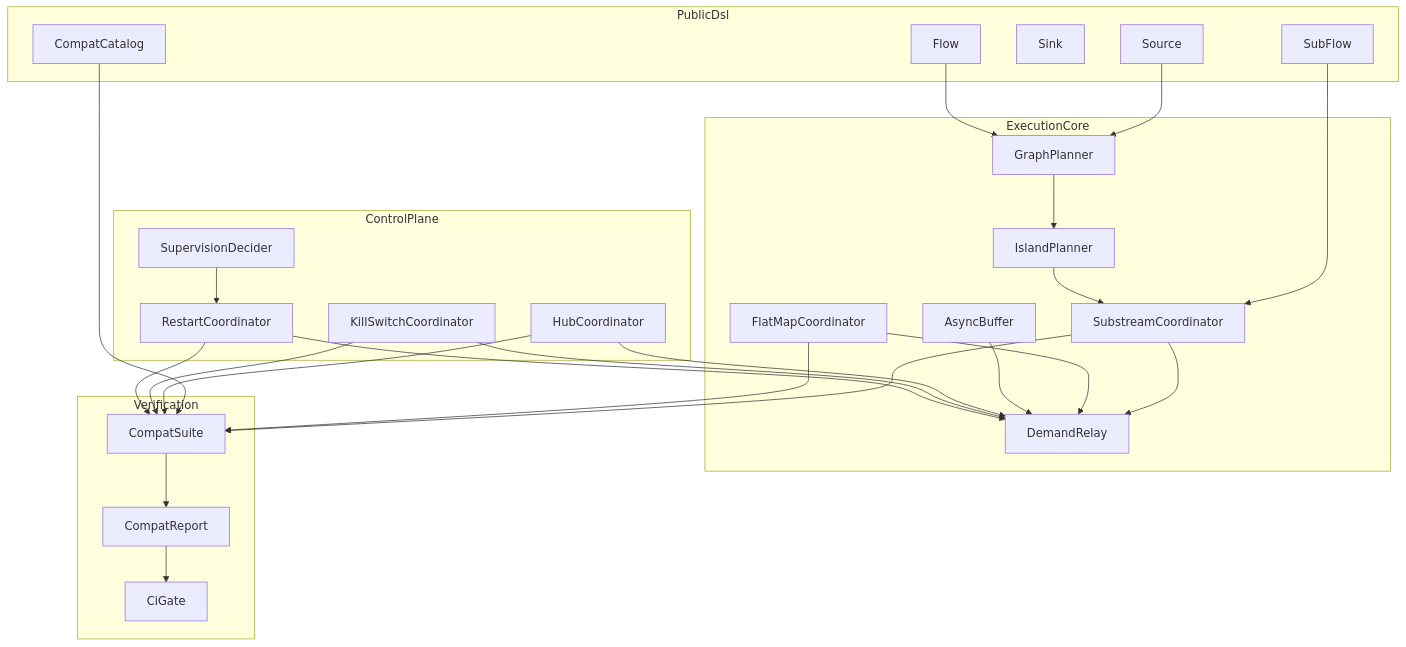
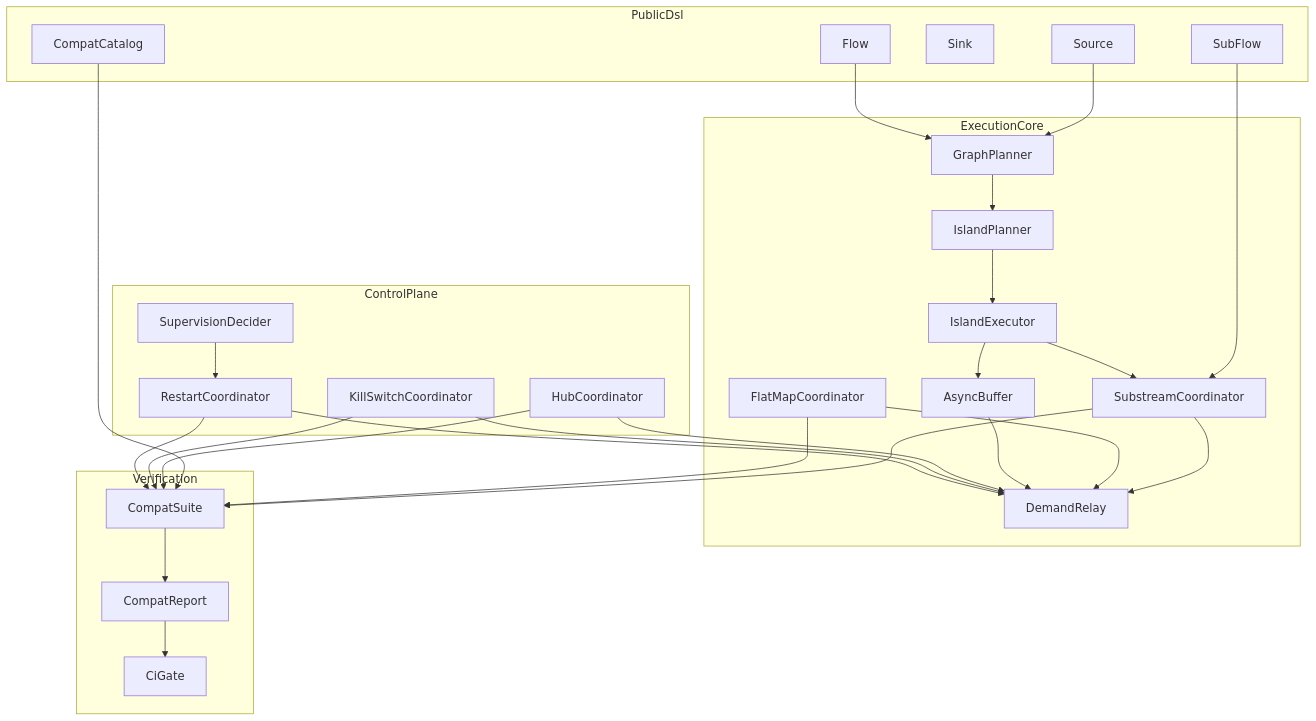
The first of 5 diagrams in .kiro/specs/pekko-stream-must-compat-fraktor-streams-rs/design.md (j5ik2o/fraktor-rs), drawn with Mermaid before and after one commit. The commit also changed other lines of this file and 2 other files, not shown here.

````diff
--- a/.kiro/specs/pekko-stream-must-compat-fraktor-streams-rs/design.md
+++ b/.kiro/specs/pekko-stream-must-compat-fraktor-streams-rs/design.md
@@ -41,53 +41,56 @@
 ```mermaid
 graph TB
     subgraph PublicDsl
         Source
         Flow
         Sink
         SubFlow
         CompatCatalog
     end
 
     subgraph ExecutionCore
         GraphPlanner
         IslandPlanner
+        IslandExecutor
         SubstreamCoordinator
         FlatMapCoordinator
         DemandRelay
         AsyncBuffer
     end
 
     subgraph ControlPlane
         HubCoordinator
         KillSwitchCoordinator
         RestartCoordinator
         SupervisionDecider
     end
 
     subgraph Verification
         CompatSuite
         CompatReport
         CiGate
     end
 
     Source --> GraphPlanner
     Flow --> GraphPlanner
     SubFlow --> SubstreamCoordinator
     GraphPlanner --> IslandPlanner
-    IslandPlanner --> SubstreamCoordinator
+    IslandPlanner --> IslandExecutor
+    IslandExecutor --> SubstreamCoordinator
+    IslandExecutor --> AsyncBuffer
     SubstreamCoordinator --> DemandRelay
     FlatMapCoordinator --> DemandRelay
     AsyncBuffer --> DemandRelay
     HubCoordinator --> DemandRelay
     KillSwitchCoordinator --> DemandRelay
     RestartCoordinator --> DemandRelay
     SupervisionDecider --> RestartCoordinator
     CompatCatalog --> CompatSuite
     SubstreamCoordinator --> CompatSuite
     FlatMapCoordinator --> CompatSuite
     HubCoordinator --> CompatSuite
     KillSwitchCoordinator --> CompatSuite
     RestartCoordinator --> CompatSuite
     CompatSuite --> CompatReport
     CompatReport --> CiGate
 ```
````
